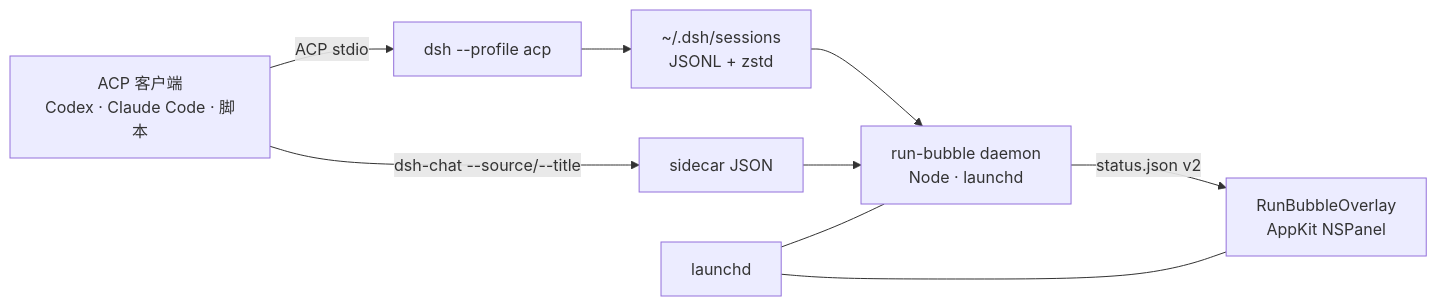
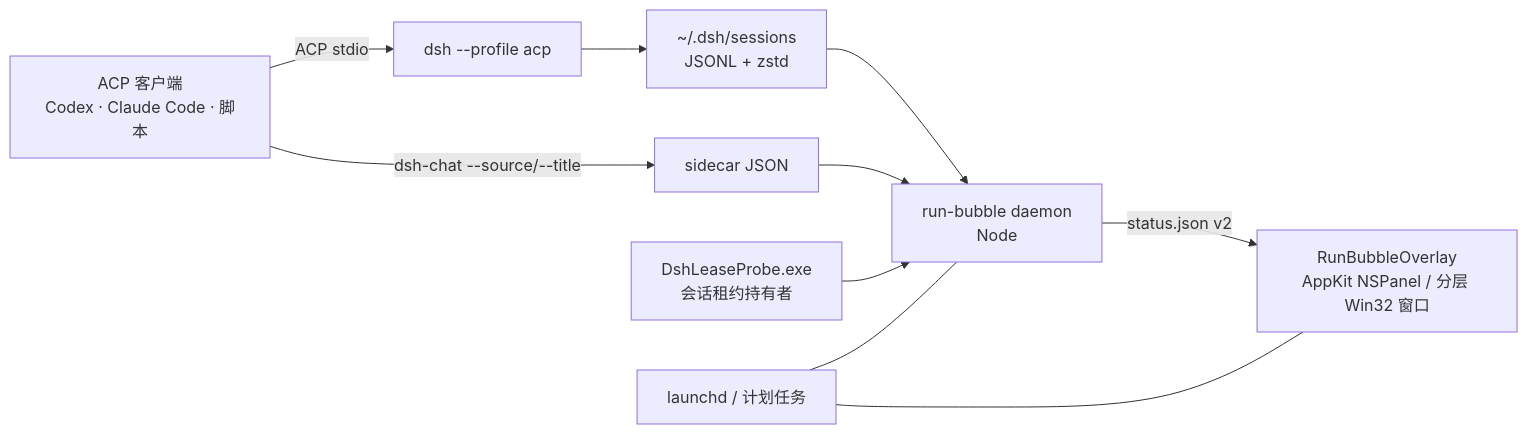
One commit to Player-YN/dsh-run-bubble changed the diagram in README.zh-CN.md. Above: the diagram before and after it, drawn with Mermaid. The commit also changed other lines of this file and 46 other files, not shown here.

First line of the commit message:
feat: dsh-run-bubble 0.3.0 — Windows port with exact lease-based liveness

````diff
--- a/README.zh-CN.md
+++ b/README.zh-CN.md
@@ -157,11 +214,12 @@
 ```mermaid
 flowchart LR
   A["ACP 客户端<br/>Codex · Claude Code · 脚本"] -->|ACP stdio| B["dsh --profile acp"]
   A -->|"dsh-chat --source/--title"| M["sidecar JSON"]
   B --> S["~/.dsh/sessions<br/>JSONL + zstd"]
-  S --> D["run-bubble daemon<br/>Node · launchd"]
+  S --> D["run-bubble daemon<br/>Node"]
   M --> D
-  D -->|"status.json v2"| O["RunBubbleOverlay<br/>AppKit NSPanel"]
-  L["launchd"] --- D
+  P["DshLeaseProbe.exe<br/>会话租约持有者"] --> D
+  D -->|"status.json v2"| O["RunBubbleOverlay<br/>AppKit NSPanel / 分层 Win32 窗口"]
+  L["launchd / 计划任务"] --- D
   L --- O
 ```
````
